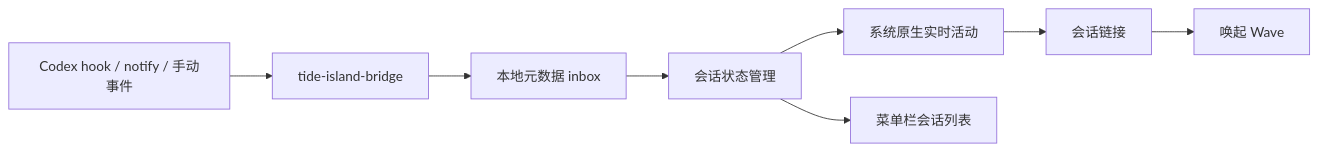
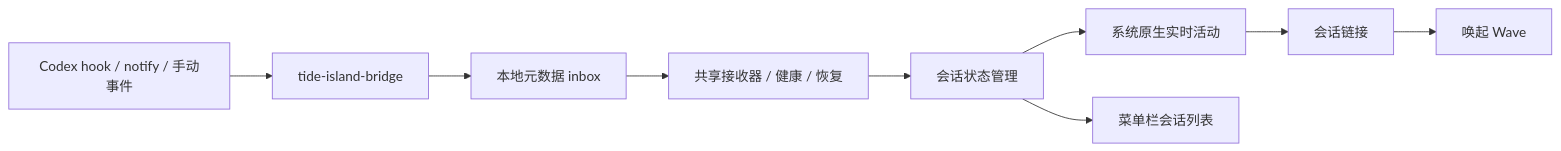
One commit to KevinLjb/tide-island changed the diagram in docs/architecture.md. Above: the diagram before and after it, drawn with Mermaid. The commit also changed other lines of this file and 18 other files, not shown here.

````diff
--- a/docs/architecture.md
+++ b/docs/architecture.md
@@ -13,10 +13,11 @@
 ```mermaid
 flowchart LR
     A[Codex hook / notify / 手动事件] --> B[tide-island-bridge]
     B --> C[本地元数据 inbox]
-    C --> D[会话状态管理]
+    C --> R[共享接收器 / 健康 / 恢复]
+    R --> D[会话状态管理]
     D --> E[系统原生实时活动]
     D --> F[菜单栏会话列表]
     E --> G[会话链接]
     G --> H[唤起 Wave]
 ```
````
